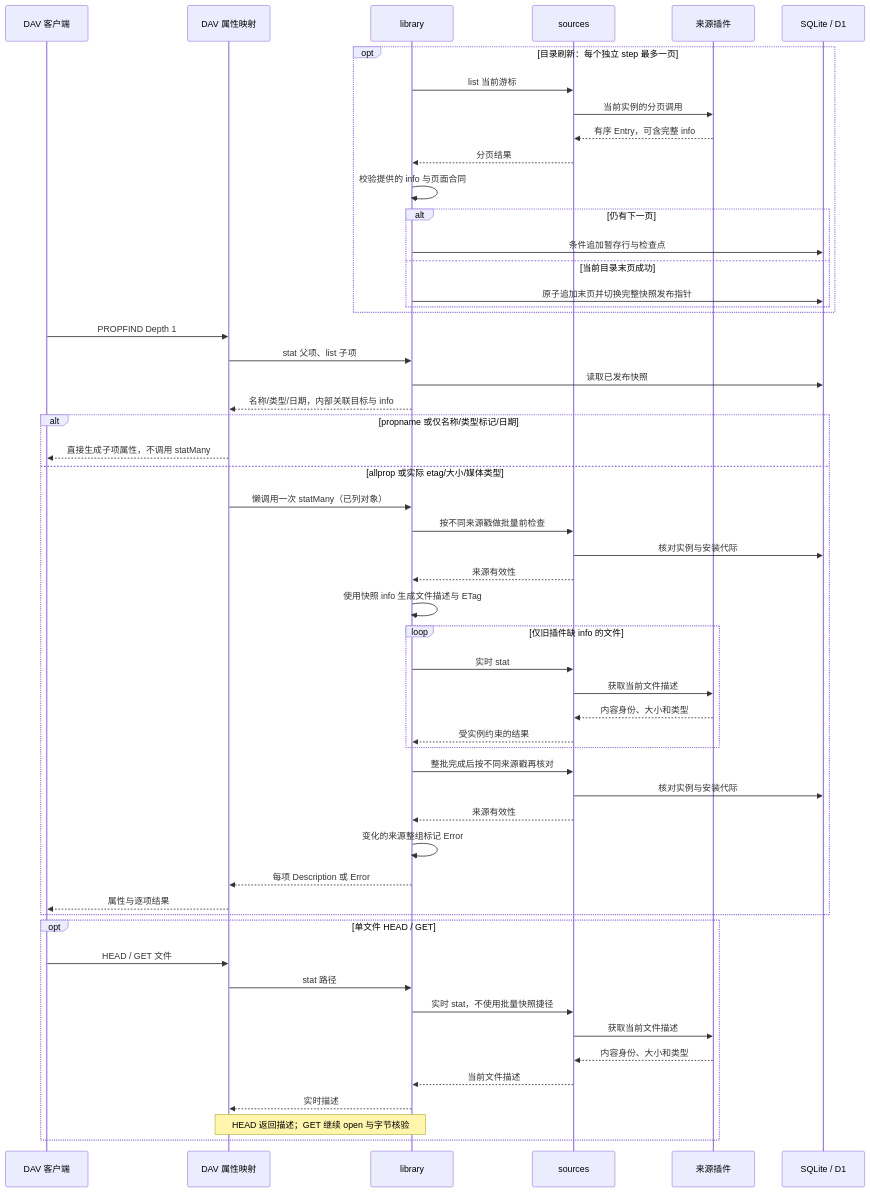
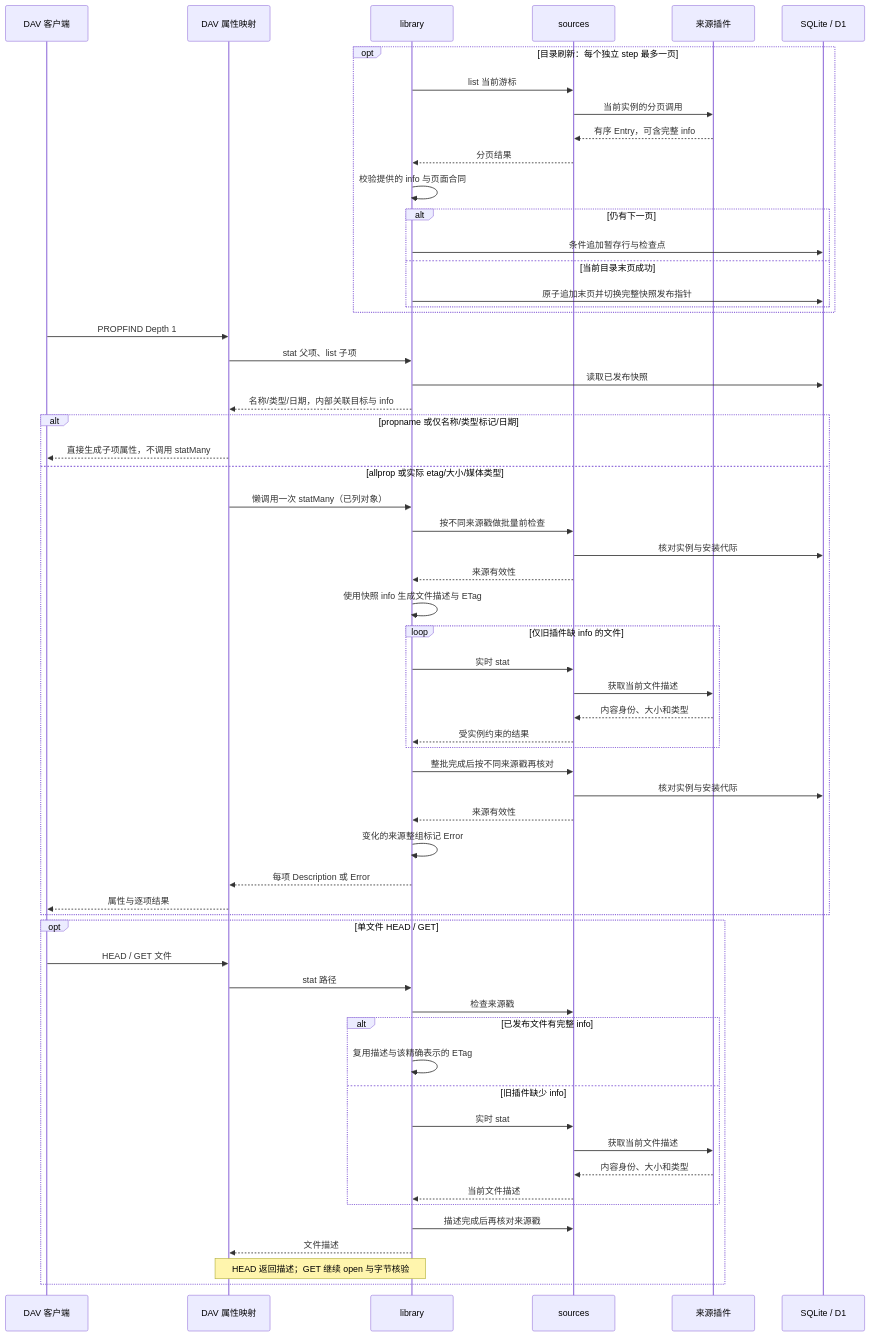
One commit to shengyusi-SYS/musicfs changed the sixth of 19 diagrams in docs/architecture/diagrams.md. Above: the diagram before and after it, drawn with Mermaid. The commit also changed 13 other files, not shown here.

````diff
--- a/docs/architecture/diagrams.md
+++ b/docs/architecture/diagrams.md
@@ -140,56 +140,62 @@
 ```mermaid
 sequenceDiagram
   participant C as DAV 客户端
   participant D as DAV 属性映射
   participant L as library
   participant S as sources
   participant P as 来源插件
   participant DB as SQLite / D1
   opt 目录刷新：每个独立 step 最多一页
     L->>S: list 当前游标
     S->>P: 当前实例的分页调用
     P-->>S: 有序 Entry，可含完整 info
     S-->>L: 分页结果
     L->>L: 校验提供的 info 与页面合同
     alt 仍有下一页
       L->>DB: 条件追加暂存行与检查点
     else 当前目录末页成功
       L->>DB: 原子追加末页并切换完整快照发布指针
     end
   end
   C->>D: PROPFIND Depth 1
   D->>L: stat 父项、list 子项
   L->>DB: 读取已发布快照
   L-->>D: 名称/类型/日期，内部关联目标与 info
   alt propname 或仅名称/类型标记/日期
     D-->>C: 直接生成子项属性，不调用 statMany
   else allprop 或实际 etag/大小/媒体类型
     D->>L: 懒调用一次 statMany（已列对象）
     L->>S: 按不同来源戳做批量前检查
     S->>DB: 核对实例与安装代际
     S-->>L: 来源有效性
     L->>L: 使用快照 info 生成文件描述与 ETag
     loop 仅旧插件缺 info 的文件
       L->>S: 实时 stat
       S->>P: 获取当前文件描述
       P-->>S: 内容身份、大小和类型
       S-->>L: 受实例约束的结果
     end
     L->>S: 整批完成后按不同来源戳再核对
     S->>DB: 核对实例与安装代际
     S-->>L: 来源有效性
     L->>L: 变化的来源整组标记 Error
     L-->>D: 每项 Description 或 Error
     D-->>C: 属性与逐项结果
   end
   opt 单文件 HEAD / GET
     C->>D: HEAD / GET 文件
     D->>L: stat 路径
-    L->>S: 实时 stat，不使用批量快照捷径
-    S->>P: 获取当前文件描述
-    P-->>S: 内容身份、大小和类型
-    S-->>L: 当前文件描述
-    L-->>D: 实时描述
+    L->>S: 检查来源戳
+    alt 已发布文件有完整 info
+      L->>L: 复用描述与该精确表示的 ETag
+    else 旧插件缺少 info
+      L->>S: 实时 stat
+      S->>P: 获取当前文件描述
+      P-->>S: 内容身份、大小和类型
+      S-->>L: 当前文件描述
+    end
+    L->>S: 描述完成后再核对来源戳
+    L-->>D: 文件描述
     Note over D,L: HEAD 返回描述；GET 继续 open 与字节核验
   end
 ```
````
